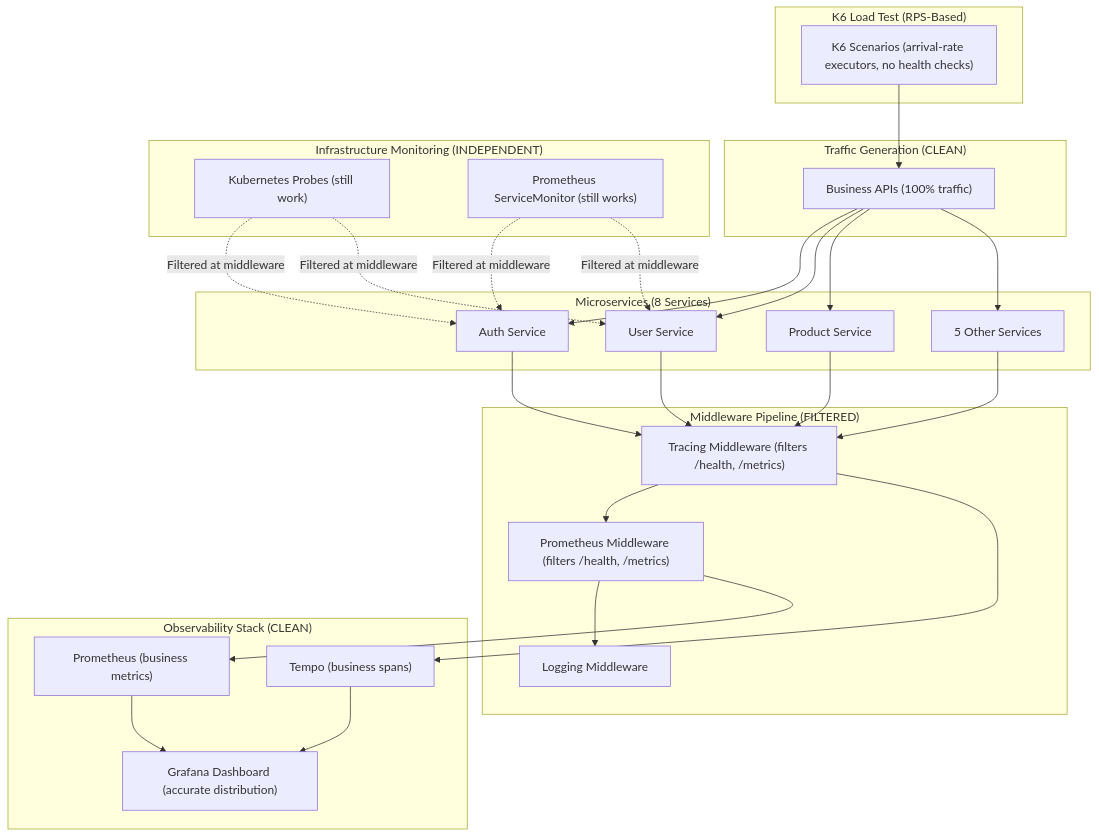
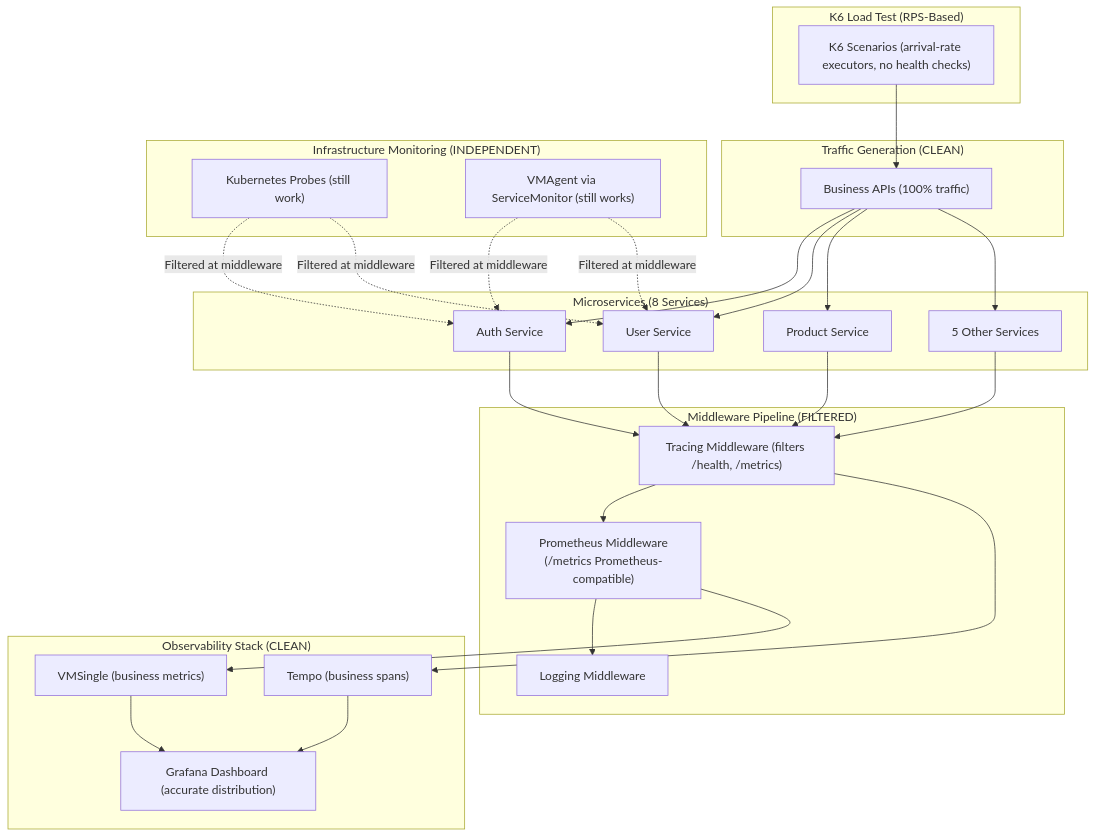
The diagram in docs/testing/k6.md (duynhlab/homelab), drawn with Mermaid before and after one commit. The commit also changed other lines of this file and 131 other files, not shown here.

````diff
--- a/docs/testing/k6.md
+++ b/docs/testing/k6.md
@@ -11,61 +11,61 @@
 ```mermaid
 flowchart TB
     subgraph "K6 Load Test (RPS-Based)"
         K6["K6 Scenarios (arrival-rate executors, no health checks)"]
     end
     
     subgraph "Traffic Generation (CLEAN)"
         Business["Business APIs (100% traffic)"]
     end
     
     subgraph "Microservices (8 Services)"
         Auth[Auth Service]
         User[User Service]
         Product[Product Service]
         Others[5 Other Services]
     end
     
     subgraph "Middleware Pipeline (FILTERED)"
         Tracing["Tracing Middleware (filters /health, /metrics)"]
-        Prometheus["Prometheus Middleware (filters /health, /metrics)"]
+        Prometheus["Prometheus Middleware<br/>(/metrics Prometheus-compatible)"]
         Logging[Logging Middleware]
     end
     
     subgraph "Observability Stack (CLEAN)"
         Tempo["Tempo (business spans)"]
-        PromDB["Prometheus (business metrics)"]
+        PromDB["VMSingle (business metrics)"]
         Grafana["Grafana Dashboard (accurate distribution)"]
     end
     
     subgraph "Infrastructure Monitoring (INDEPENDENT)"
         K8sProbes["Kubernetes Probes (still work)"]
-        PromScraper["Prometheus ServiceMonitor (still works)"]
+        PromScraper["VMAgent via ServiceMonitor (still works)"]
     end
     
     K6 --> Business
     
     Business --> Auth
     Business --> User
     Business --> Product
     Business --> Others
     
     Auth --> Tracing
     User --> Tracing
     Product --> Tracing
     Others --> Tracing
     
     Tracing --> Prometheus
     Prometheus --> Logging
     
     Prometheus --> PromDB
     Tracing --> Tempo
     
     PromDB --> Grafana
     Tempo --> Grafana
     
     K8sProbes -.->|Filtered at middleware| Auth
     K8sProbes -.->|Filtered at middleware| User
     PromScraper -.->|Filtered at middleware| Auth
     PromScraper -.->|Filtered at middleware| User
     
 ```
````
